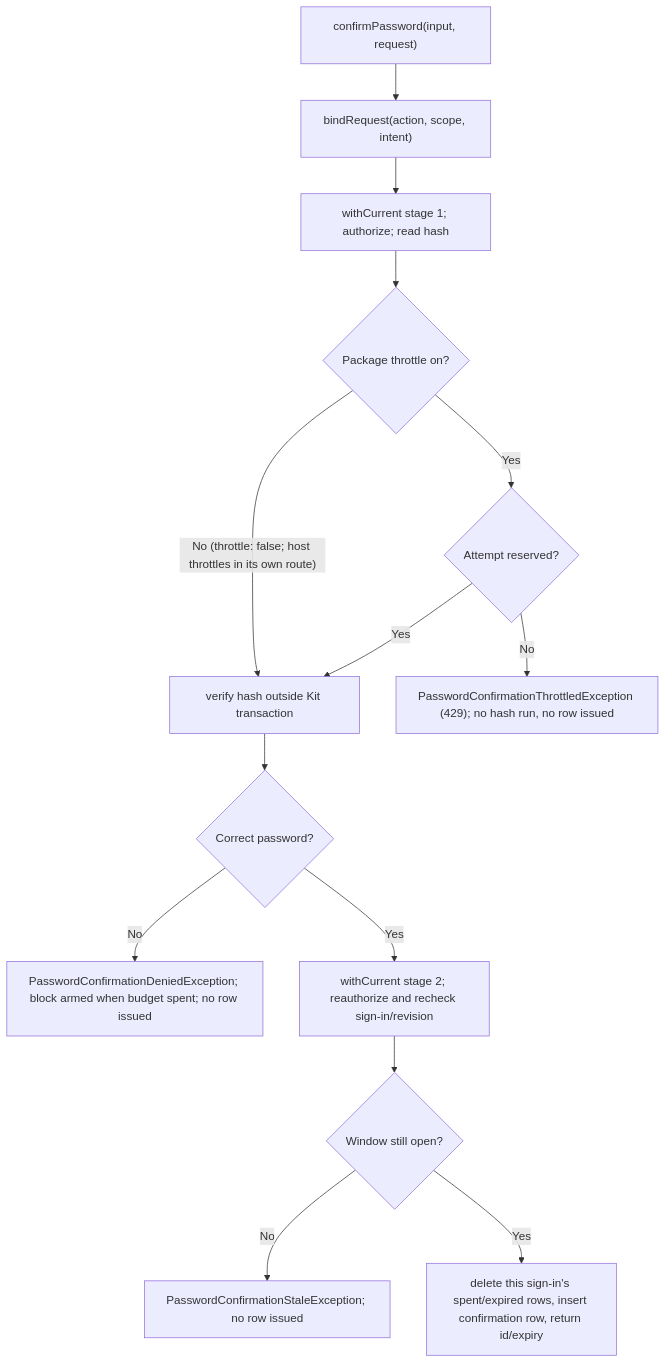
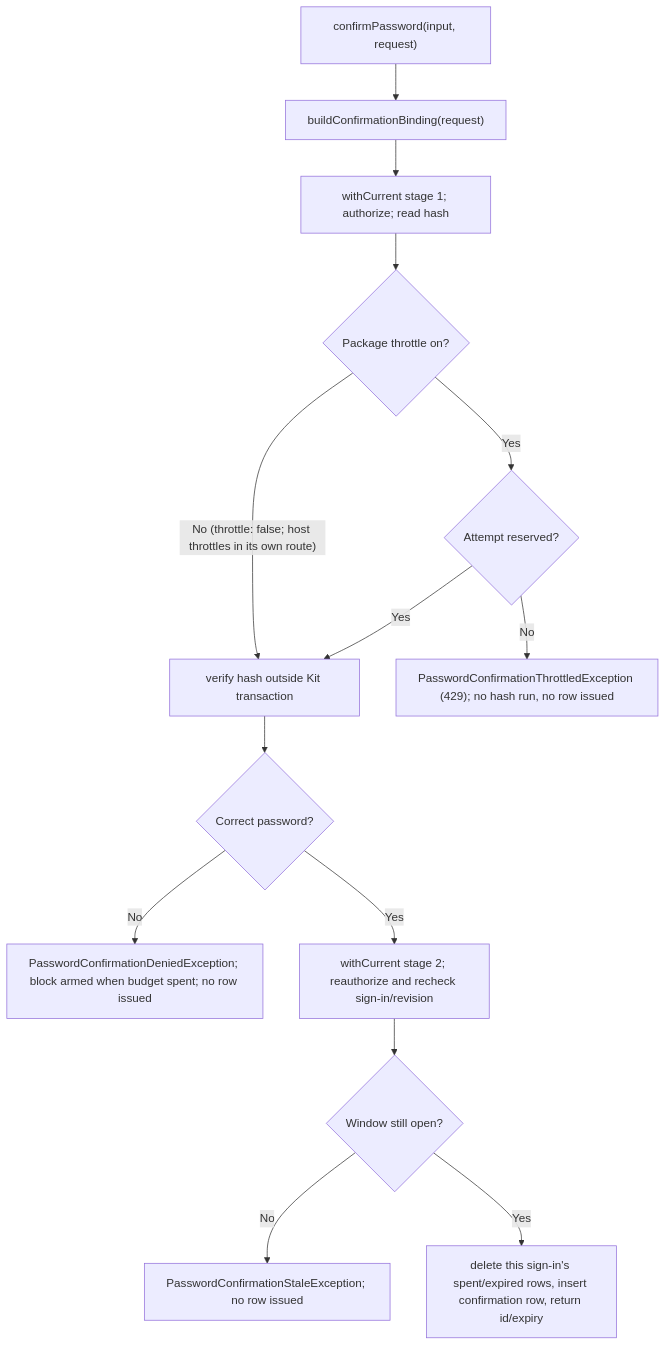
The second of 2 diagrams in user-stories/US-CONFIRM-01-issue-confirmation.md (Kevinjohn/oss-adonisjs-confirm-action-with-password), drawn with Mermaid before and after one commit. The commit also changed other lines of this file and 11 other files, not shown here.

````diff
--- a/user-stories/US-CONFIRM-01-issue-confirmation.md
+++ b/user-stories/US-CONFIRM-01-issue-confirmation.md
@@ -36,16 +39,16 @@
 ```mermaid
 flowchart TD
-    A["confirmPassword(input, request)"] --> B["bindRequest(action, scope, intent)"]
+    A["confirmPassword(input, request)"] --> B["buildConfirmationBinding(request)"]
     B --> C["withCurrent stage 1; authorize; read hash"]
     C --> T{"Package throttle on?"}
     T -->|"No (throttle: false; host throttles in its own route)"| E["verify hash outside Kit transaction"]
     T -->|Yes| D{"Attempt reserved?"}
     D -->|No| D2["PasswordConfirmationThrottledException (429); no hash run, no row issued"]
     D -->|Yes| E
     E --> F{"Correct password?"}
     F -->|No| G["PasswordConfirmationDeniedException; block armed when budget spent; no row issued"]
     F -->|Yes| H["withCurrent stage 2; reauthorize and recheck sign-in/revision"]
     H --> I{"Window still open?"}
     I -->|No| J["PasswordConfirmationStaleException; no row issued"]
     I -->|Yes| K["delete this sign-in's spent/expired rows, insert confirmation row, return id/expiry"]
 ```
````
